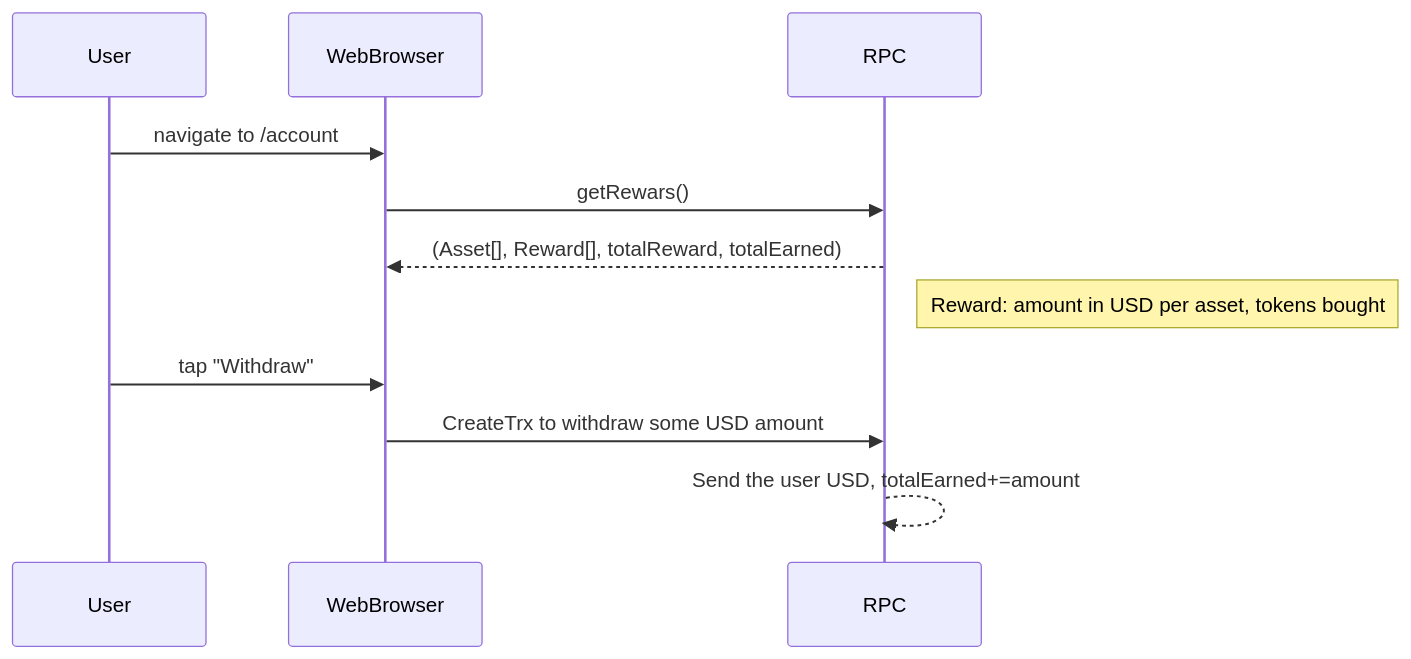
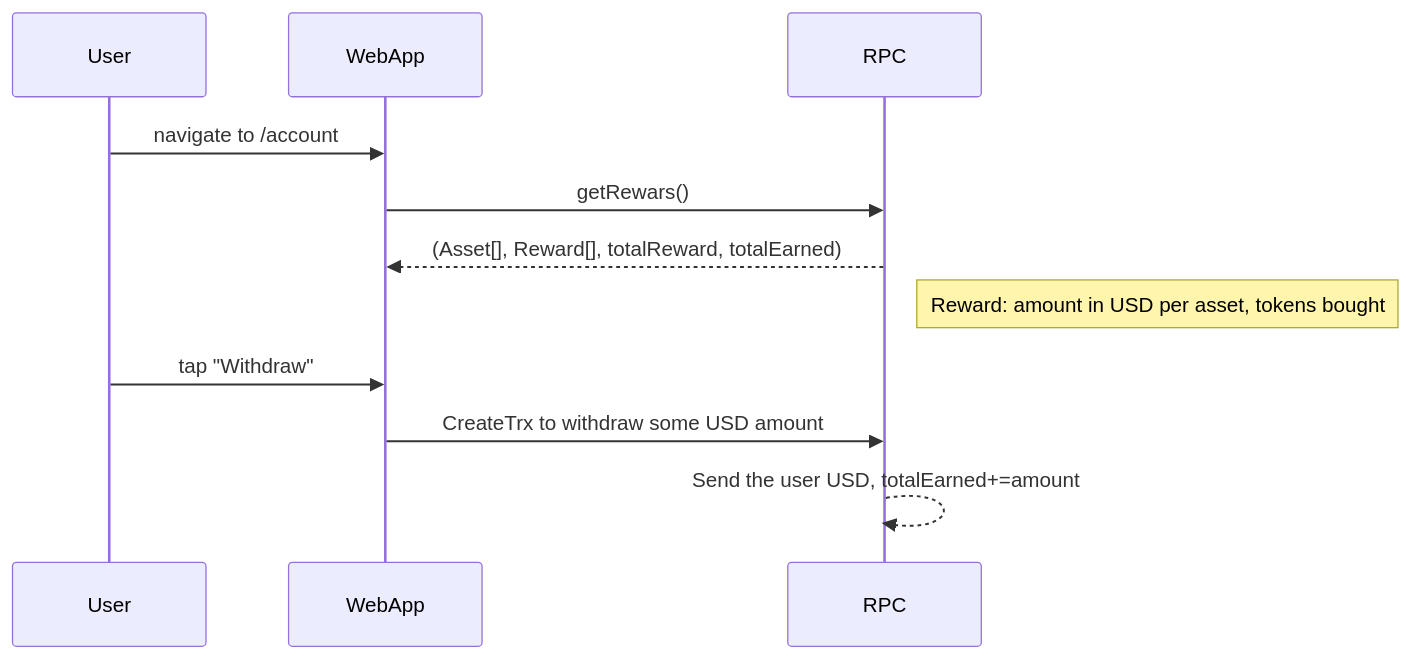
Before and after one commit to binaryx-protocol/binaryx_app: the diagram in arb/mermaid/MyAccountPage.md, drawn with Mermaid.

````diff
--- a/arb/mermaid/MyAccountPage.md
+++ b/arb/mermaid/MyAccountPage.md
@@ -3,15 +3,15 @@
 ```mermaid
 sequenceDiagram
   participant User
-  participant WebBrowser
+  participant WebApp
   participant RPC
-  User->>WebBrowser: navigate to /account
-  WebBrowser->>RPC: getRewars()
-  RPC-->>WebBrowser: (Asset[], Reward[], totalReward, totalEarned)
+  User->>WebApp: navigate to /account
+  WebApp->>RPC: getRewars()
+  RPC-->>WebApp: (Asset[], Reward[], totalReward, totalEarned)
   Note right of RPC: Reward: amount in USD per asset, tokens bought
   
-  User->>WebBrowser: tap "Withdraw"
-  WebBrowser->>RPC: CreateTrx to withdraw some USD amount
+  User->>WebApp: tap "Withdraw"
+  WebApp->>RPC: CreateTrx to withdraw some USD amount
   RPC-->>RPC: Send the user USD, totalEarned+=amount
   
 ```
````
